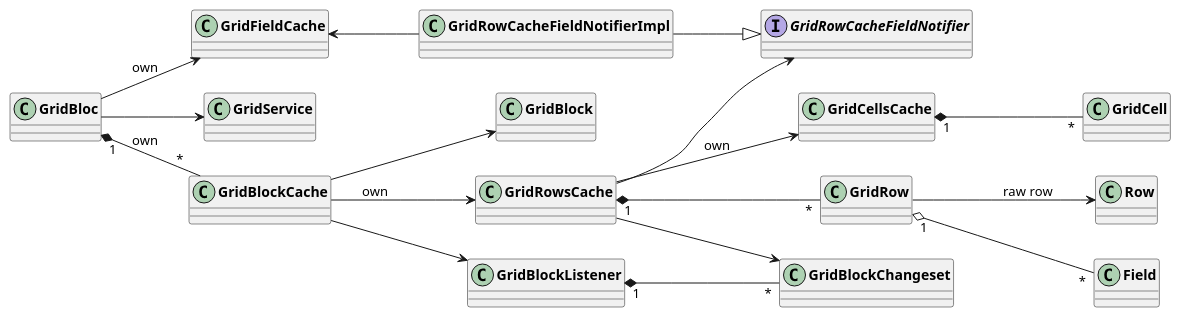
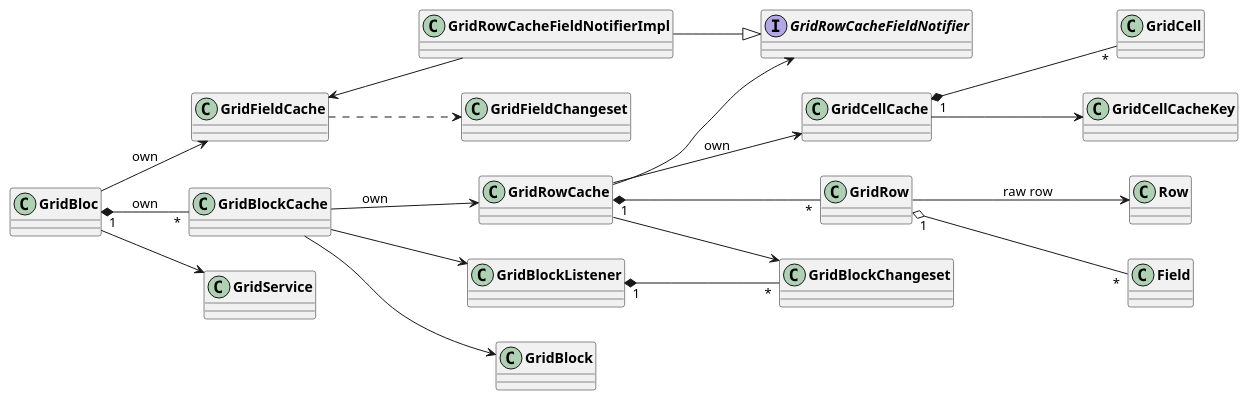
Before and after one commit to AppFlowy-IO/AppFlowy-Docs: the second of 2 diagrams in uml/dart_widget/grid_data_cache.plantuml, drawn with PlantUML. The commit also changed 7 other files, not shown here.

Commit message:
chore: update grid field diagrams

```diff
--- a/uml/dart_widget/grid_data_cache.plantuml
+++ b/uml/dart_widget/grid_data_cache.plantuml
@@ -12,35 +12,40 @@
 @startuml block/row/cell relation
 skinparam classFontStyle Bold
 skinparam ActivityBackgroundColor Silver
 skinparam ActivityBorderColor DimGray
 left to right direction
 
 interface GridRowCacheFieldNotifier
 
 GridBloc --> GridService
 GridBloc --> GridFieldCache: own
 GridBloc "1" *-- "*" GridBlockCache: own
 
 GridBlockCache --> GridBlock
 
+'FieldCache
+GridFieldCache ..> GridFieldChangeset
+
+
 'Row Cache
-GridBlockCache --> GridRowsCache : own
-GridRowsCache --> GridBlockChangeset
-GridRowsCache --> GridCellsCache: own
-GridRowsCache --> GridRowCacheFieldNotifier
-GridRowsCache "1" *-- "*" GridRow
+GridBlockCache --> GridRowCache : own
+GridRowCache --> GridBlockChangeset
+GridRowCache --> GridCellCache: own
+GridRowCache --> GridRowCacheFieldNotifier
+GridRowCache "1" *-- "*" GridRow
 GridRow --> Row : raw row
 GridRow "1" o-- "*" Field
 
 
 'Cell Cache
-GridCellsCache "1" *-- "*" GridCell
+GridCellCache "1" *-- "*" GridCell
+GridCellCache --> GridCellCacheKey
 
 'Listener
 GridBlockCache --> GridBlockListener
 GridBlockListener "1" *-- "*" GridBlockChangeset
 
 GridRowCacheFieldNotifierImpl -u-> GridFieldCache
 GridRowCacheFieldNotifierImpl --|> GridRowCacheFieldNotifier
 
 @enduml
```
